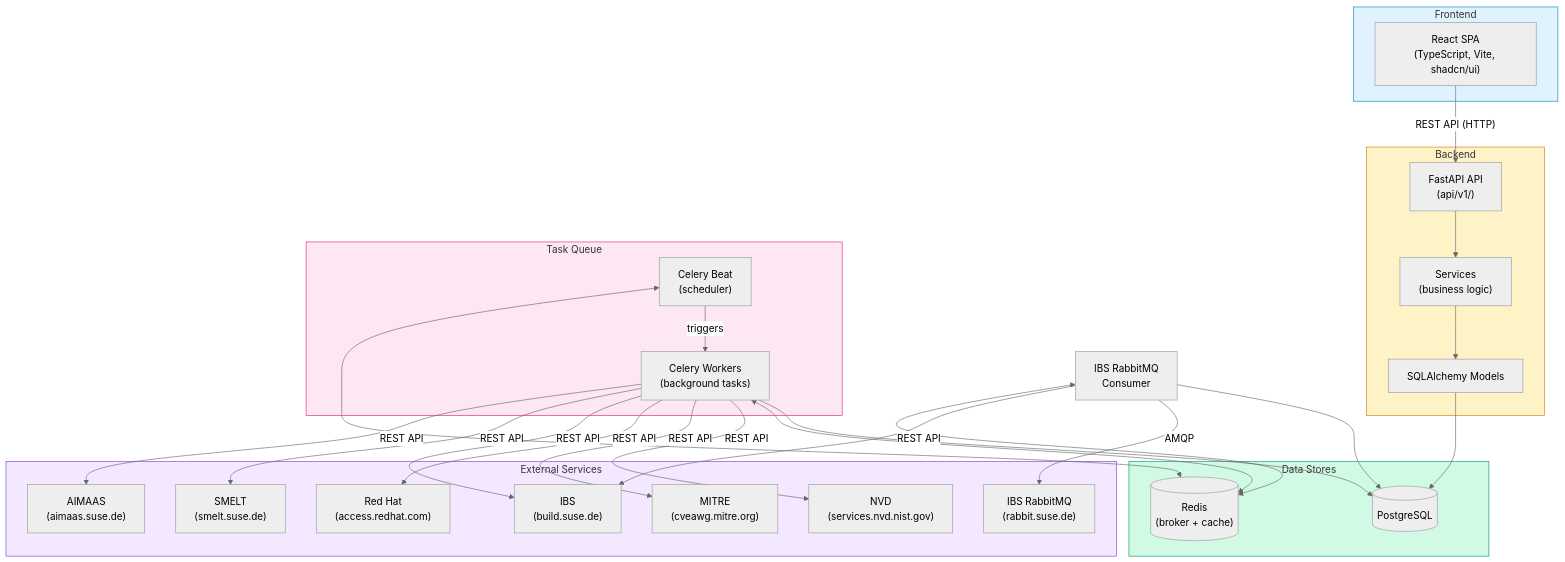
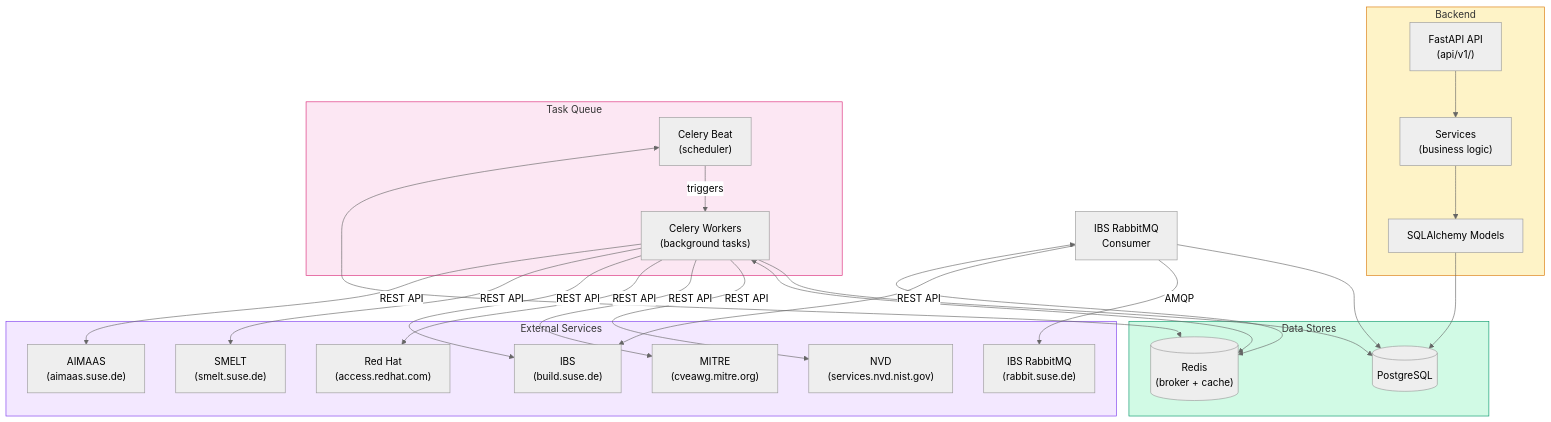
One commit to StayPirate/STAMP changed the first of 7 diagrams in docs/system-map.md. Above: the diagram before and after it, drawn with Mermaid (neutral theme). The commit also changed 42 other files, not shown here.

````diff
--- a/docs/system-map.md
+++ b/docs/system-map.md
@@ -26,60 +26,54 @@
 ```mermaid
 flowchart TB
-    subgraph frontend["Frontend"]
-        SPA["React SPA<br/>(TypeScript, Vite, shadcn/ui)"]
-    end
-
     subgraph backend["Backend"]
         API["FastAPI API<br/>(api/v1/)"]
         SVC["Services<br/>(business logic)"]
         MDL["SQLAlchemy Models"]
         API --> SVC --> MDL
     end
 
     subgraph taskqueue["Task Queue"]
         BEAT["Celery Beat<br/>(scheduler)"]
         WORKER["Celery Workers<br/>(background tasks)"]
         BEAT -->|triggers| WORKER
     end
 
     subgraph datastores["Data Stores"]
         PG[("PostgreSQL")]
         RD[("Redis<br/>(broker + cache)")]
     end
 
     CONSUMER["IBS RabbitMQ<br/>Consumer"]
 
     subgraph external["External Services"]
         NVD["NVD<br/>(services.nvd.nist.gov)"]
         MITRE["MITRE<br/>(cveawg.mitre.org)"]
         REDHAT["Red Hat<br/>(access.redhat.com)"]
         IBS["IBS<br/>(build.suse.de)"]
         SMELT["SMELT<br/>(smelt.suse.de)"]
         AIMAAS["AIMAAS<br/>(aimaas.suse.de)"]
         RABBIT["IBS RabbitMQ<br/>(rabbit.suse.de)"]
     end
 
-    SPA -->|"REST API (HTTP)"| API
     MDL --> PG
     WORKER --> PG
     WORKER <--> RD
     BEAT <--> RD
     CONSUMER --> PG
 
     WORKER -->|"REST API"| NVD
     WORKER -->|"REST API"| MITRE
     WORKER -->|"REST API"| REDHAT
     WORKER -->|"REST API"| IBS
     WORKER -->|"REST API"| SMELT
     WORKER -->|"REST API"| AIMAAS
 
     CONSUMER -->|"AMQP"| RABBIT
     CONSUMER -->|"REST API"| IBS
     CONSUMER <--> RD
 
-    style frontend fill:#e0f2fe,stroke:#0284c7
     style backend fill:#fef3c7,stroke:#d97706
     style taskqueue fill:#fce7f3,stroke:#db2777
     style datastores fill:#d1fae5,stroke:#059669
     style external fill:#f3e8ff,stroke:#7c3aed
 ```
````
